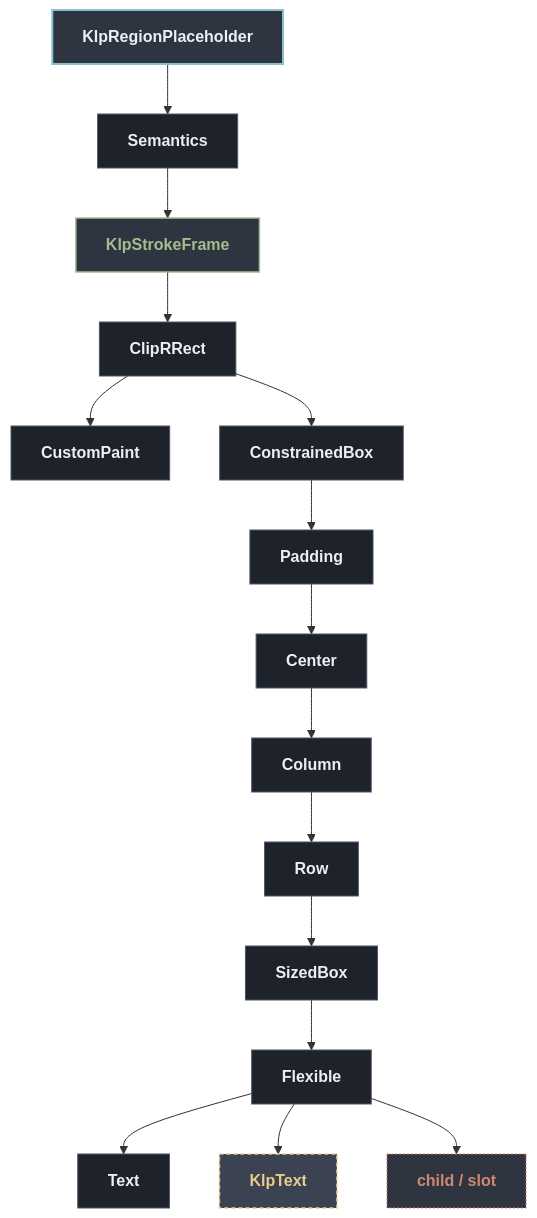
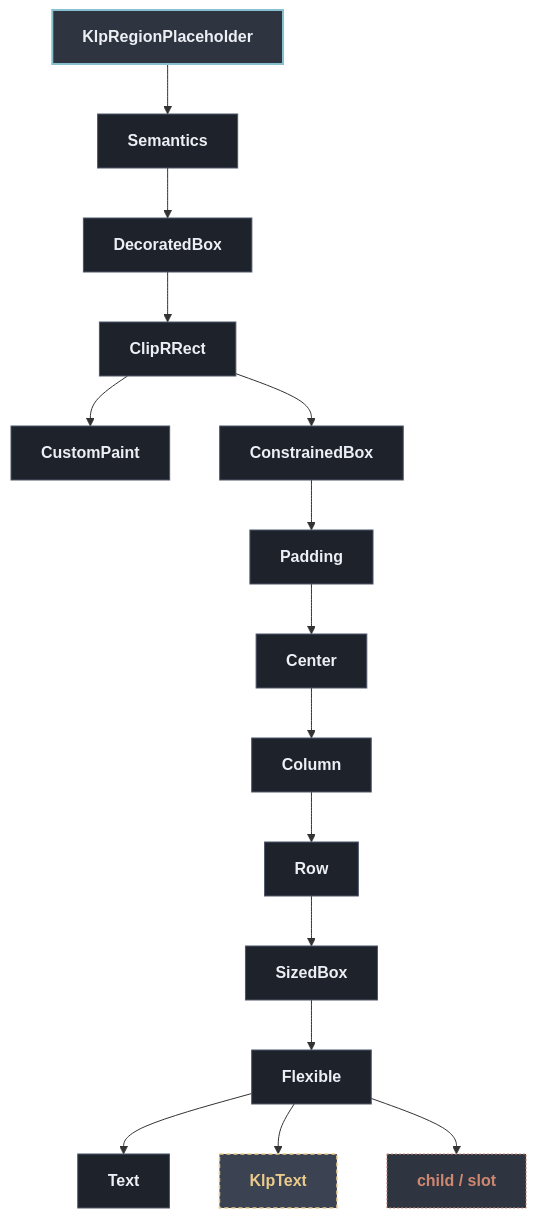
One commit to MiuDog/Kallopis changed the diagram in docs/architecture/components/feedback/klp_region_placeholder.md. Above: the diagram before and after it, drawn with Mermaid. The commit also changed other lines of this file and 195 other files, not shown here.

````diff
--- a/docs/architecture/components/feedback/klp_region_placeholder.md
+++ b/docs/architecture/components/feedback/klp_region_placeholder.md
@@ -13,38 +13,38 @@
 ```mermaid
 flowchart TD
   classDef default fill:#1E222B,stroke:#4C566A,stroke-width:1px,color:#ECEFF4;
   classDef root fill:#2E3440,stroke:#88C0D0,stroke-width:2px,color:#ECEFF4,font-weight:bold;
   classDef reference fill:#3B4252,stroke:#EBCB8B,stroke-width:1.5px,stroke-dasharray: 4 3,color:#EBCB8B;
   classDef container fill:#2E3440,stroke:#A3BE8C,stroke-width:1.5px,color:#A3BE8C;
   classDef slot fill:#2E3440,stroke:#D08770,stroke-width:1px,stroke-dasharray: 2 2,color:#D08770;
 
   root["KlpRegionPlaceholder"]:::root
   n1["Semantics"]
   root --> n1
-  n2["KlpStrokeFrame"]:::container
+  n2["DecoratedBox"]
   n1 --> n2
   n3["ClipRRect"]
   n2 --> n3
   n4["CustomPaint"]
   n3 --> n4
   n5["ConstrainedBox"]
   n3 --> n5
   n6["Padding"]
   n5 --> n6
   n7["Center"]
   n6 --> n7
   n8["Column"]
   n7 --> n8
   n9["Row"]
   n8 --> n9
   n10["SizedBox"]
   n9 --> n10
   n11["Flexible"]
   n10 --> n11
   n12["Text"]
   n11 --> n12
   n13["KlpText"]:::reference
   n11 --> n13
   n14["child / slot"]:::slot
   n11 --> n14
 ```
````
